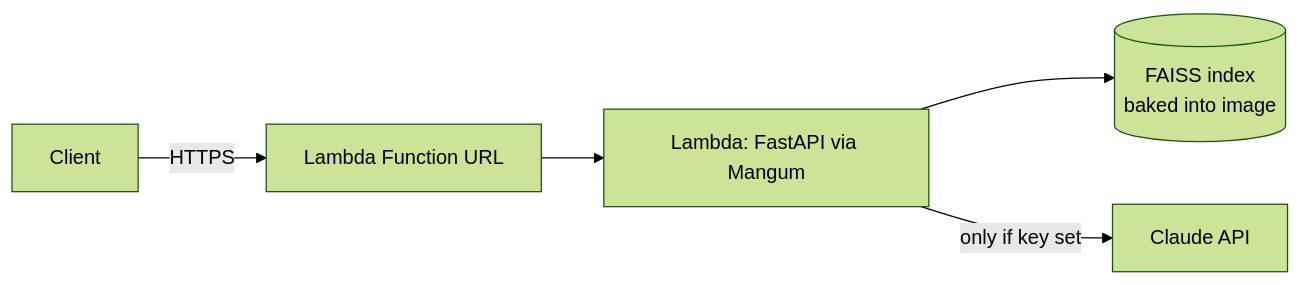
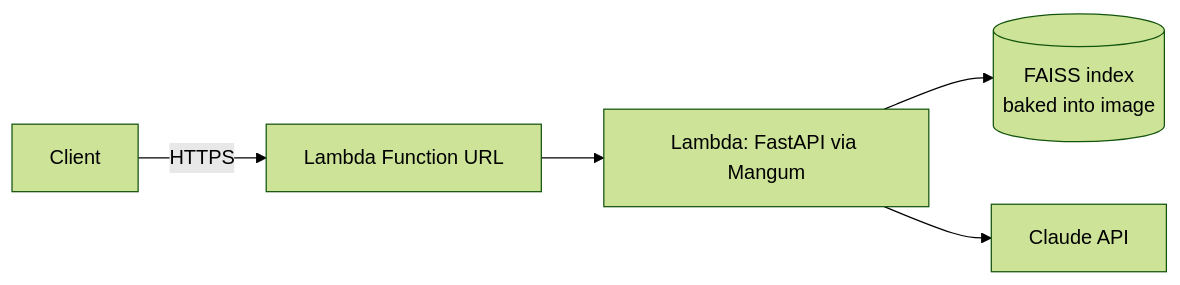
The diagram in README.md (SriVamshiPolela/finsight-rag), drawn with Mermaid (forest theme) before and after one commit. The commit also changed other lines of this file, not shown here.

````diff
--- a/README.md
+++ b/README.md
@@ -298,7 +333,7 @@
 ```mermaid
 flowchart LR
     client[Client] -->|HTTPS| furl[Lambda Function URL]
     furl --> lambda[Lambda: FastAPI via Mangum]
     lambda --> faiss[(FAISS index<br/>baked into image)]
-    lambda -->|only if key set| claude[Claude API]
+    lambda --> claude[Claude API]
 ```
````
